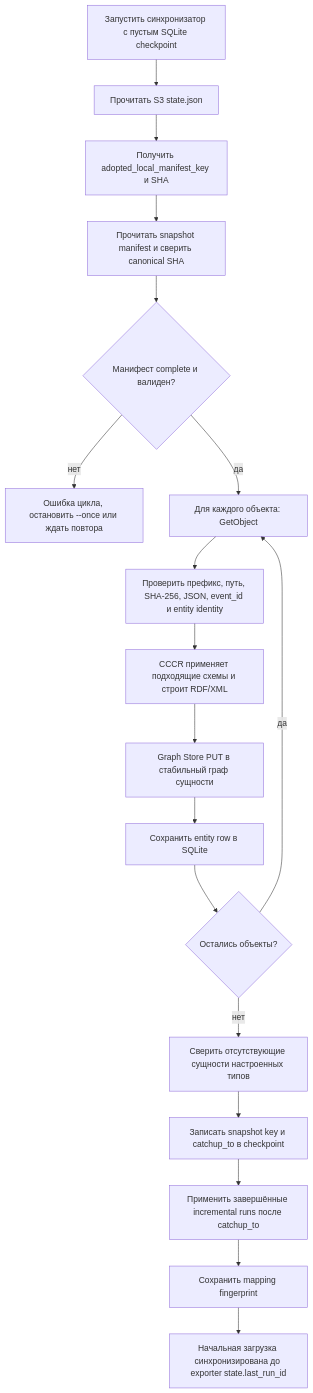
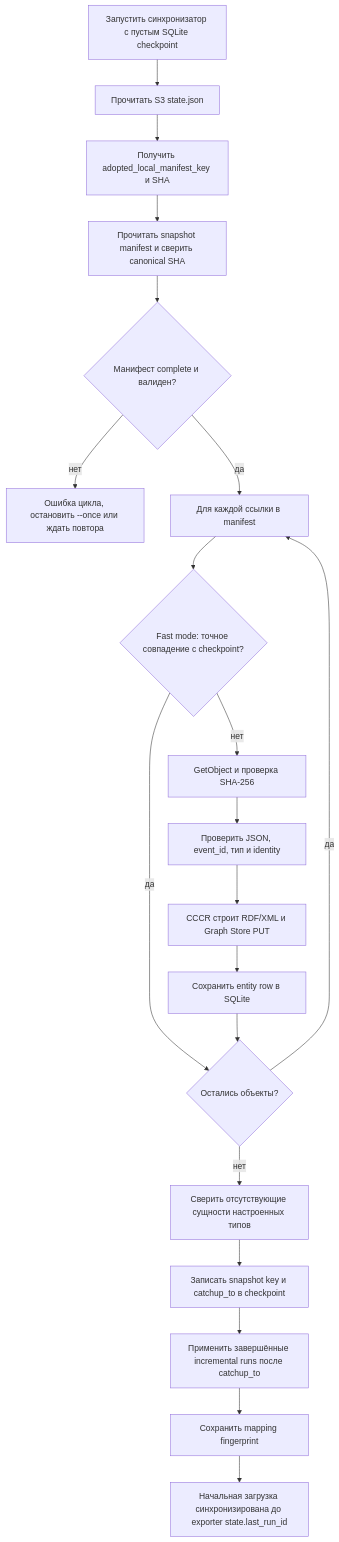
One commit to Antonmish822/Semantic_BI changed the third of 4 diagrams in docs/S3_TO_FUSEKI_LOADING.md. Above: the diagram before and after it, drawn with Mermaid. The commit also changed other lines of this file and 7 other files, not shown here.

````diff
--- a/docs/S3_TO_FUSEKI_LOADING.md
+++ b/docs/S3_TO_FUSEKI_LOADING.md
@@ -80,20 +80,22 @@
 ```mermaid
 flowchart TD
     A[Запустить синхронизатор с пустым SQLite checkpoint] --> B[Прочитать S3 state.json]
     B --> C[Получить adopted_local_manifest_key и SHA]
     C --> D[Прочитать snapshot manifest и сверить canonical SHA]
     D --> E{Манифест complete и валиден?}
     E -- нет --> X[Ошибка цикла, остановить --once или ждать повтора]
-    E -- да --> F[Для каждого объекта: GetObject]
-    F --> G[Проверить префикс, путь, SHA-256, JSON, event_id и entity identity]
-    G --> H[CCCR применяет подходящие схемы и строит RDF/XML]
-    H --> I[Graph Store PUT в стабильный граф сущности]
-    I --> J[Сохранить entity row в SQLite]
-    J --> K{Остались объекты?}
+    E -- да --> F[Для каждой ссылки в manifest]
+    F --> G{Fast mode: точное совпадение с checkpoint?}
+    G -- да --> K{Остались объекты?}
+    G -- нет --> H[GetObject и проверка SHA-256]
+    H --> I[Проверить JSON, event_id, тип и identity]
+    I --> J[CCCR строит RDF/XML и Graph Store PUT]
+    J --> Q[Сохранить entity row в SQLite]
+    Q --> K
     K -- да --> F
     K -- нет --> L[Сверить отсутствующие сущности настроенных типов]
     L --> M[Записать snapshot key и catchup_to в checkpoint]
     M --> N[Применить завершённые incremental runs после catchup_to]
     N --> O[Сохранить mapping fingerprint]
     O --> P[Начальная загрузка синхронизирована до exporter state.last_run_id]
 ```
````
